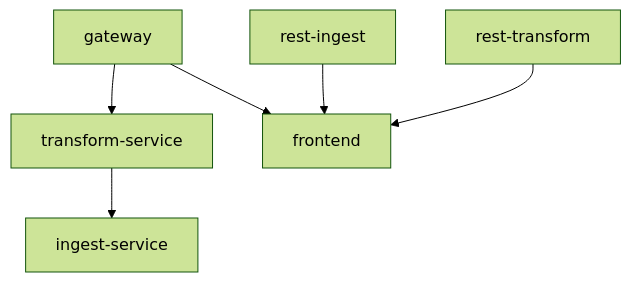
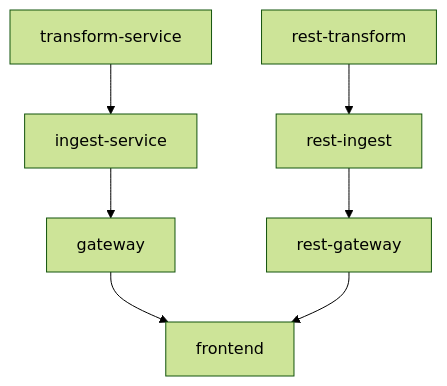
Before and after one commit to cccg8105/cccg_grpc_demo: the fourth of 4 diagrams in docs/DESCRIPCION_TECNICA.md, drawn with Mermaid (forest theme). The commit also changed other lines of this file and 46 other files, not shown here.

````diff
--- a/docs/DESCRIPCION_TECNICA.md
+++ b/docs/DESCRIPCION_TECNICA.md
@@ -272,15 +283,17 @@
 ```mermaid
 flowchart TD
-  GW[gateway]
   TRF[transform-service]
   ING[ingest-service]
+  GW[gateway]
+  RT[rest-transform]
   RI[rest-ingest]
-  RT[rest-transform]
+  RGW[rest-gateway]
   FE[frontend]
 
-  GW --> TRF
   TRF --> ING
+  ING --> GW
   GW --> FE
-  RI --> FE
-  RT --> FE
+  RT --> RI
+  RI --> RGW
+  RGW --> FE
 ```
````
